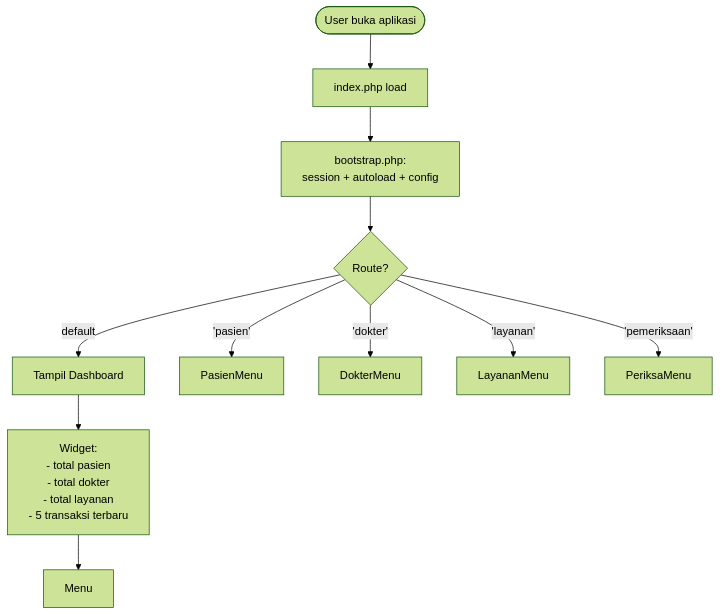
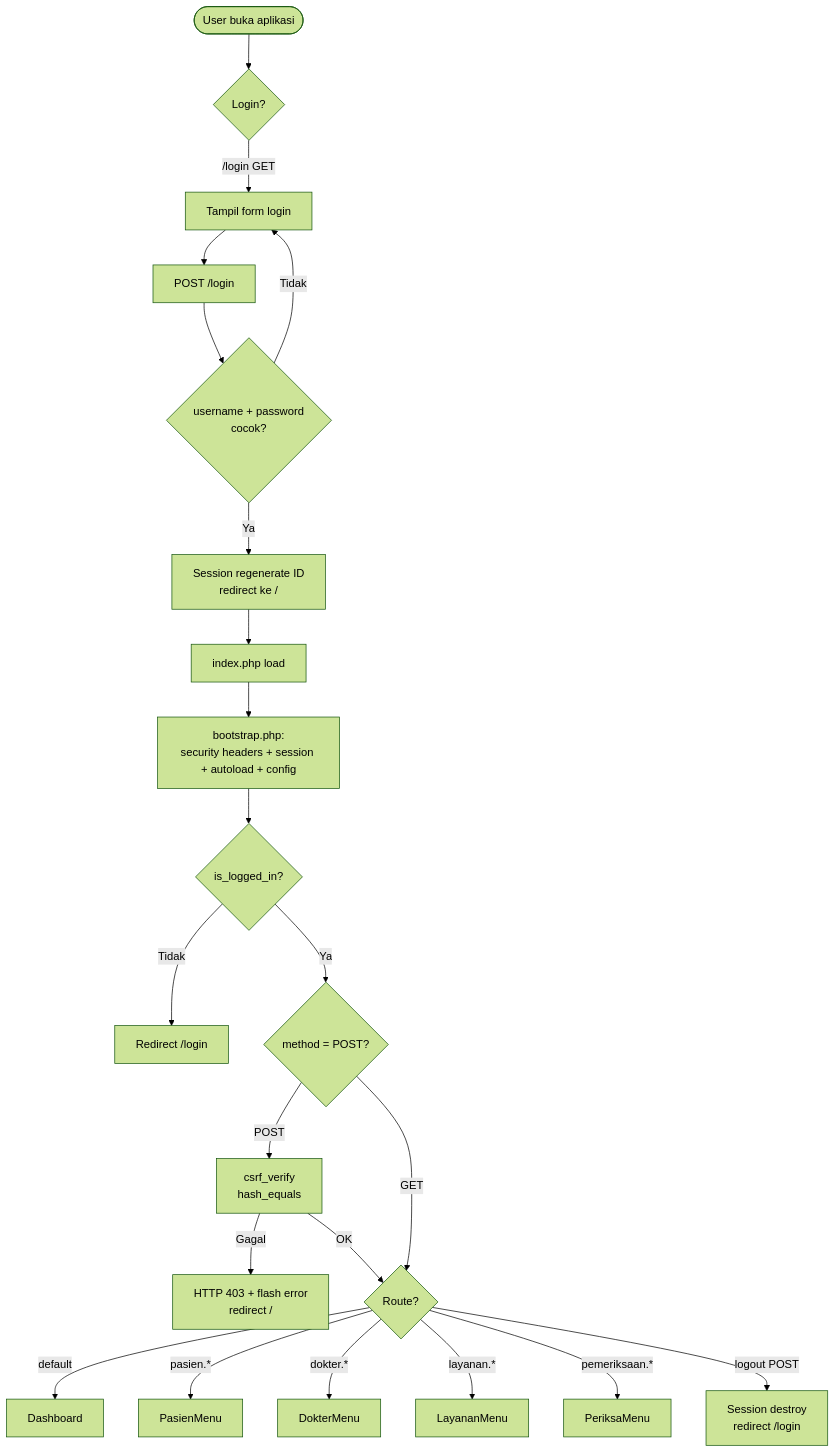
The first of 13 diagrams in docs/business-logic.md (TudeOrangBiasa/silk-swarakarna-uas), drawn with Mermaid (forest theme) before and after one commit. The commit also changed other lines of this file and 2 other files, not shown here.

First line of the commit message:
docs: rewrite README + architecture + business-logic (Caveman + Humanizer)

````diff
--- a/docs/business-logic.md
+++ b/docs/business-logic.md
@@ -7,14 +7,24 @@
 ```mermaid
 flowchart TD
-    Start([User buka aplikasi]) --> Index[index.php load]
-    Index --> Boot[bootstrap.php:<br/>session + autoload + config]
-    Boot --> Route{Route?}
-    Route -->|default| Dash[Tampil Dashboard]
-    Route -->|'pasien'| PasienMenu
-    Route -->|'dokter'| DokterMenu
-    Route -->|'layanan'| LayananMenu
-    Route -->|'pemeriksaan'| PeriksaMenu
-
-    Dash --> DashView[Widget:<br/>- total pasien<br/>- total dokter<br/>- total layanan<br/>- 5 transaksi terbaru]
-    DashView --> Menu
+    Start([User buka aplikasi]) --> Login{Login?}
+    Login -->|/login GET| LoginForm[Tampil form login]
+    LoginForm --> SubmitLogin[POST /login]
+    SubmitLogin --> ValidLogin{username + password<br/>cocok?}
+    ValidLogin -->|Ya| Session[Session regenerate ID<br/>redirect ke /]
+    ValidLogin -->|Tidak| LoginForm
+    Session --> Index[index.php load]
+    Index --> Boot[bootstrap.php:<br/>security headers + session + autoload + config]
+    Boot --> AuthGate{is_logged_in?}
+    AuthGate -->|Tidak| RedirectLogin[Redirect /login]
+    AuthGate -->|Ya| CSRF{method = POST?}
+    CSRF -->|POST| CSRFCheck[csrf_verify<br/>hash_equals]
+    CSRFCheck -->|Gagal| CSRFErr[HTTP 403 + flash error<br/>redirect /]
+    CSRFCheck -->|OK| Route{Route?}
+    CSRF -->|GET| Route
+    Route -->|default| Dash[Dashboard]
+    Route -->|pasien.*| PasienMenu
+    Route -->|dokter.*| DokterMenu
+    Route -->|layanan.*| LayananMenu
+    Route -->|pemeriksaan.*| PeriksaMenu
+    Route -->|logout POST| Logout[Session destroy<br/>redirect /login]
 ```
````
